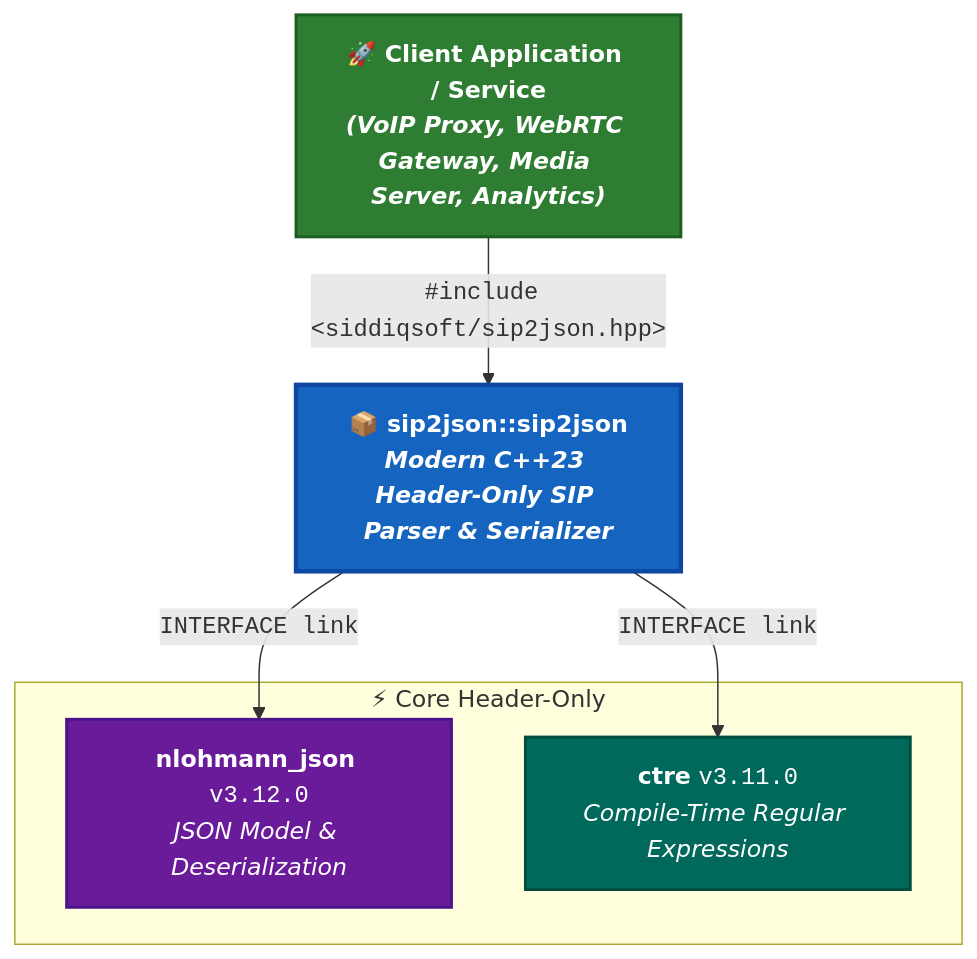
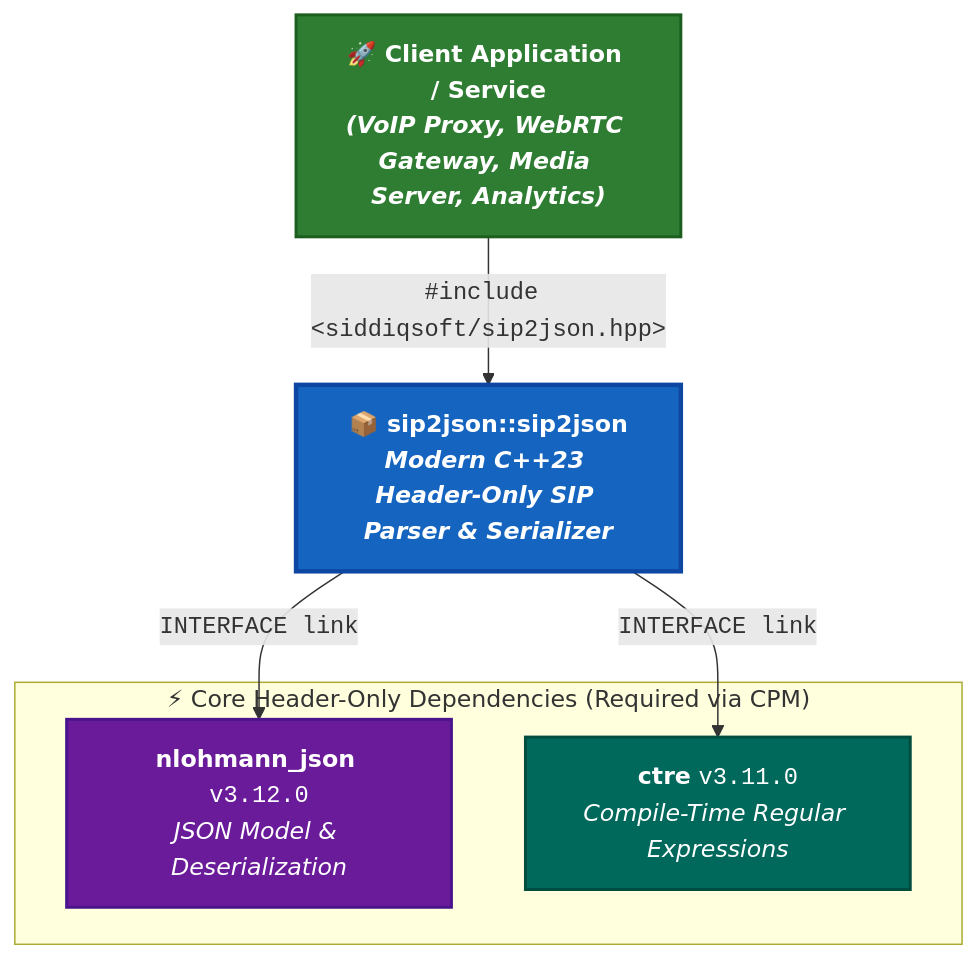
Before and after one commit to SiddiqSoft/sip2json: the diagram in docs/integration/dependencies.md, drawn with Mermaid. The commit also changed other lines of this file and 3 other files, not shown here.

````diff
--- a/docs/integration/dependencies.md
+++ b/docs/integration/dependencies.md
@@ -7,22 +7,22 @@
 ```mermaid
 graph TD
     App["🚀 <b>Client Application / Service</b><br/><i>(VoIP Proxy, WebRTC Gateway, Media Server, Analytics)</i>"]:::appClass
 
     sip2json["📦 <b>sip2json::sip2json</b><br/><i>Modern C++23 Header-Only SIP Parser & Serializer</i>"]:::projectClass
 
-    subgraph CoreGroup ["⚡ Core Header-Only"]
+    subgraph CoreGroup ["⚡ Core Header-Only Dependencies (Required via CPM)"]
         NLOHMANNJSON["<b>nlohmann_json</b> <code>v3.12.0</code><br/><i>JSON Model & Deserialization</i>"]:::coreClass1
         CTRE["<b>ctre</b> <code>v3.11.0</code><br/><i>Compile-Time Regular Expressions</i>"]:::coreClass2
     end
 
     App -->|"<code>#include &lt;siddiqsoft/sip2json.hpp&gt;</code>"| sip2json
     sip2json -->|"<code>INTERFACE link</code>"| NLOHMANNJSON
     sip2json -->|"<code>INTERFACE link</code>"| CTRE
 
     classDef appClass fill:#2E7D32,stroke:#1B5E20,stroke-width:2px,color:#FFFFFF,font-weight:bold;
     classDef projectClass fill:#1565C0,stroke:#0D47A1,stroke-width:3px,color:#FFFFFF,font-weight:bold;
     classDef coreClass1 fill:#6A1B9A,stroke:#4A148C,stroke-width:2px,color:#FFFFFF;
     classDef coreClass2 fill:#00695C,stroke:#004D40,stroke-width:2px,color:#FFFFFF;
     classDef platformClass fill:#0277BD,stroke:#01579B,stroke-width:2px,color:#FFFFFF;
     classDef testClass fill:#E65100,stroke:#BF360C,stroke-width:2px,color:#FFFFFF;
 ```
````
